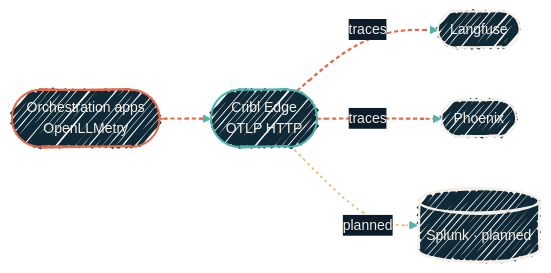
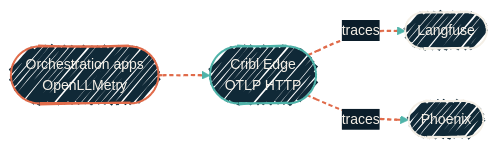
Before and after one commit to dryvist/docs: the fifth of 8 diagrams in observability/pipeline-flows.mdx, drawn with Mermaid. The commit also changed other lines of this file and 78 other files, not shown here.

````diff
--- a/observability/pipeline-flows.mdx
+++ b/observability/pipeline-flows.mdx
@@ -229,29 +232,26 @@
 ```mermaid
 %%{init:
   {'theme':'base','look':'handDrawn','themeVariables':{'fontFamily':'Geist','fontSize':'14px','primaryColor':'#102937','primaryTextColor':'#F4EFE6','primaryBorderColor':'#4FB3A9','lineColor':'#4FB3A9','secondaryColor':'#0B1D2A','tertiaryColor':'#1A2A38','clusterBkg':'rgba(79,179,169,0.08)','clusterBorder':'#4FB3A9'}}}%%
   flowchart LR
   Apps([Orchestration apps<br/>OpenLLMetry])
   Edge([Cribl Edge<br/>OTLP HTTP])
   LF([Langfuse])
   PX([Phoenix])
-  SP[(Splunk · planned)]
 
   Apps --> Edge
   Edge -->|traces| LF
   Edge -->|traces| PX
-  Edge -.planned.-> SP
 
   classDef ai   fill:#102937,stroke:#E06B4A,stroke-width:2px,color:#F4EFE6;
   classDef hop  fill:#102937,stroke:#4FB3A9,stroke-width:2px,color:#F4EFE6;
   classDef sink fill:#102937,stroke:#F4EFE6,stroke-width:2px,color:#F4EFE6;
 
   class Apps ai
   class Edge hop
-  class LF,PX,SP sink
+  class LF,PX sink
 
   click LF "/observability/llm-observability" "Langfuse and the OTLP path"
   click PX "/observability/phoenix" "Arize Phoenix: evals and experiments"
 
   linkStyle 0,1,2 stroke:#E06B4A,stroke-width:2px,stroke-dasharray:4 3;
-  linkStyle 3 stroke:#E6B35A,stroke-width:1.5px,stroke-dasharray:2 4;
 ```
````
